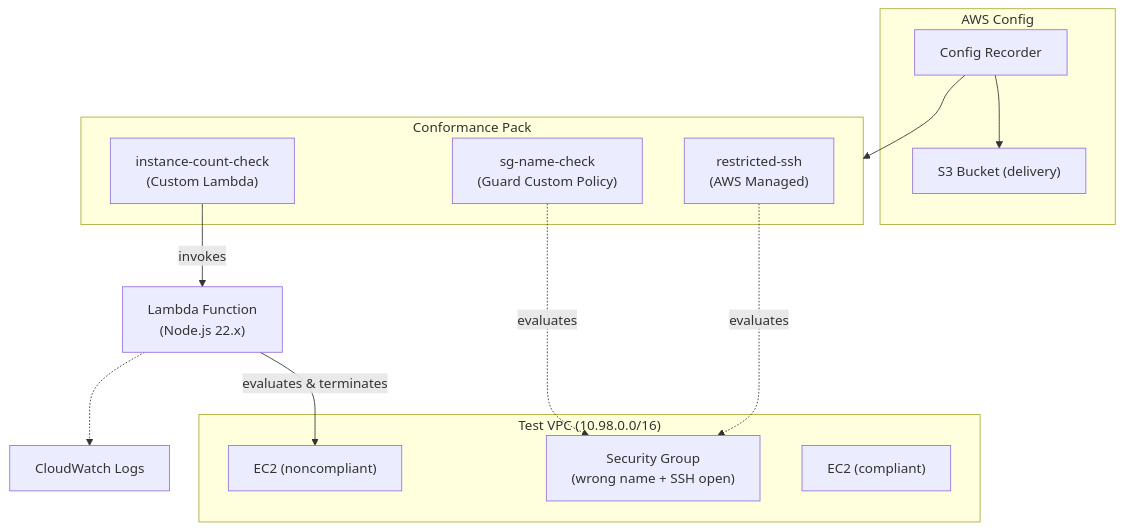
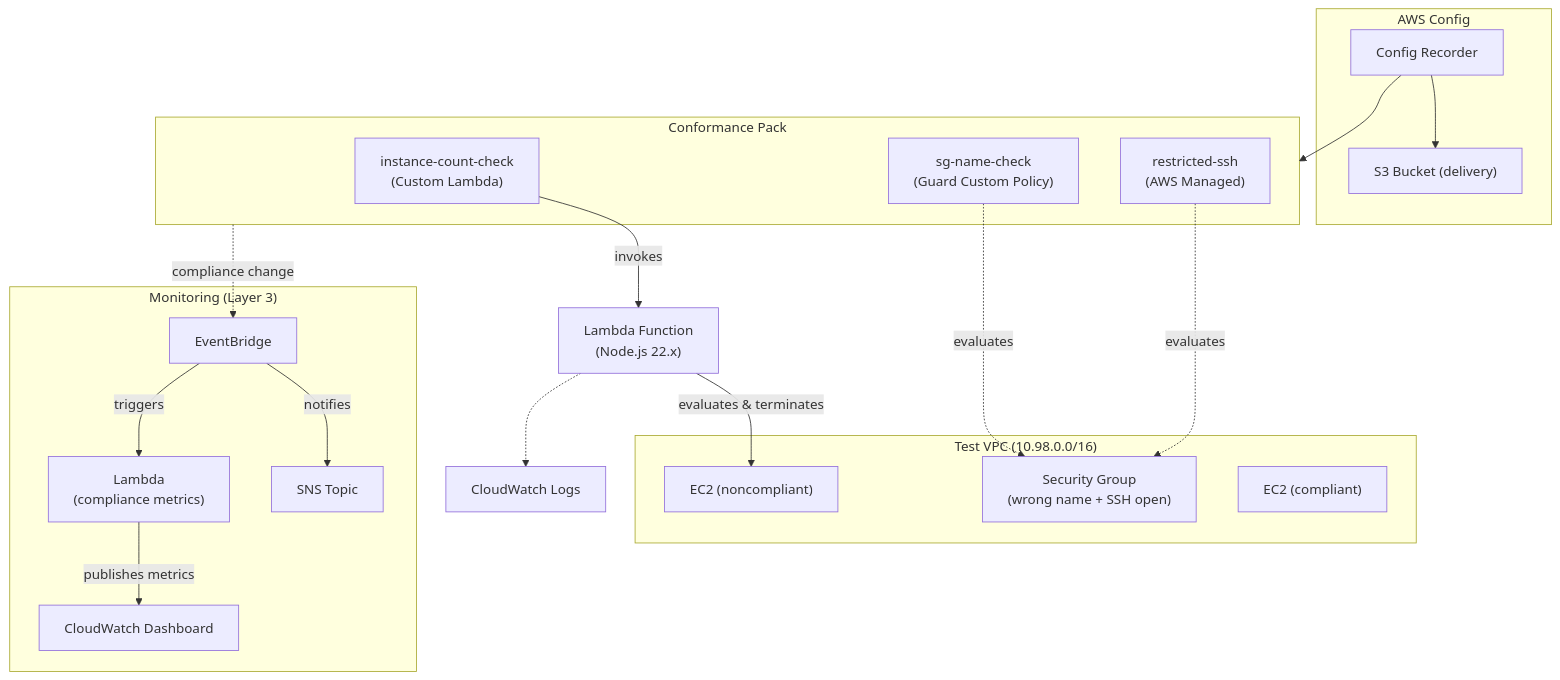
Before and after one commit to prasitstk/aws-security-hardening-labs: the diagram in labs/02-custom-rules-conformance-packs/README.md, drawn with Mermaid. The commit also changed other lines of this file and 34 other files, not shown here.

````diff
--- a/labs/02-custom-rules-conformance-packs/README.md
+++ b/labs/02-custom-rules-conformance-packs/README.md
@@ -14,29 +14,40 @@
 ```mermaid
 flowchart TB
     subgraph Config["AWS Config"]
         Recorder["Config Recorder"]
         S3["S3 Bucket (delivery)"]
         Recorder --> S3
     end
 
     subgraph Pack["Conformance Pack"]
         Rule1["instance-count-check\n(Custom Lambda)"]
         Rule2["sg-name-check\n(Guard Custom Policy)"]
         Rule3["restricted-ssh\n(AWS Managed)"]
     end
 
     Recorder --> Pack
     Rule1 -->|invokes| Lambda["Lambda Function\n(Node.js 22.x)"]
     Lambda -->|evaluates &amp; terminates| EC2_NC
     CWLogs["CloudWatch Logs"]
     Lambda -.-> CWLogs
 
     subgraph TestVPC["Test VPC (10.98.0.0/16)"]
         SG["Security Group\n(wrong name + SSH open)"]
         EC2_C["EC2 (compliant)"]
         EC2_NC["EC2 (noncompliant)"]
     end
 
+    subgraph Monitoring["Monitoring (Layer 3)"]
+        EB["EventBridge"]
+        MetricsLambda["Lambda\n(compliance metrics)"]
+        CW["CloudWatch Dashboard"]
+        SNS["SNS Topic"]
+    end
+
     Rule2 -.->|evaluates| SG
     Rule3 -.->|evaluates| SG
+    Pack -.->|compliance change| EB
+    EB -->|triggers| MetricsLambda
+    MetricsLambda -->|publishes metrics| CW
+    EB -->|notifies| SNS
 ```
````
